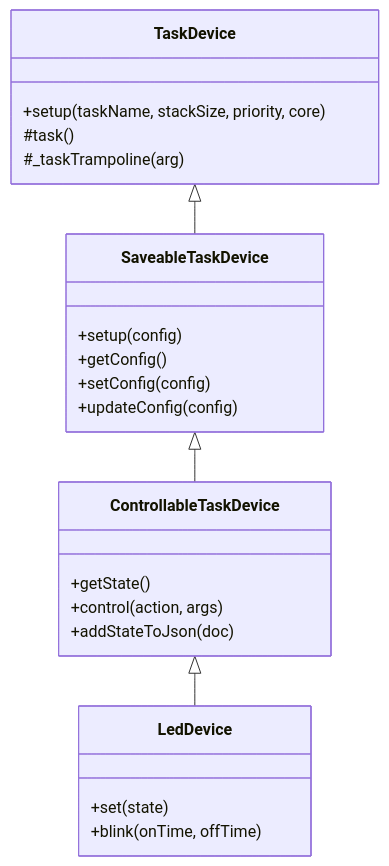
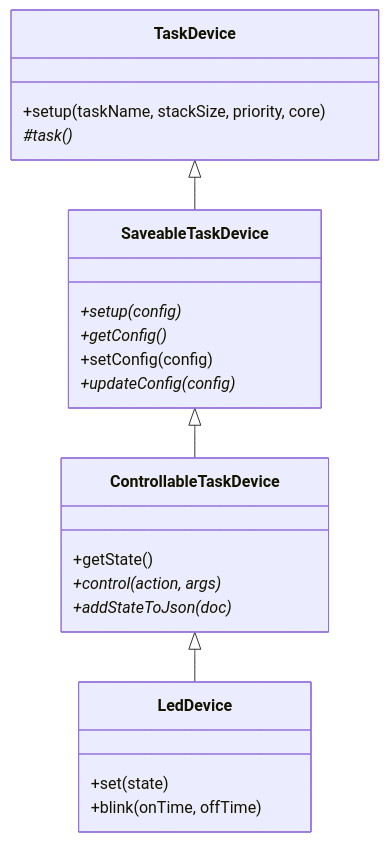
Before and after one commit to jovdb/marble-track: the diagram in esp32_ws/task-device.md, drawn with Mermaid. The commit also changed other lines of this file and 2 other files, not shown here.

````diff
--- a/esp32_ws/task-device.md
+++ b/esp32_ws/task-device.md
@@ -5,30 +5,29 @@
 ```mermaid
 classDiagram
     class TaskDevice {
         +setup(taskName, stackSize, priority, core)
-        #task()
-        #_taskTrampoline(arg)
+        #task()*
     }
 
     class ControllableTaskDevice {
         +getState()
-        +control(action, args)
-        +addStateToJson(doc)
+        +control(action, args)*
+        +addStateToJson(doc)*
     }
 
     class SaveableTaskDevice {
-        +setup(config)
-        +getConfig()
+        +setup(config)*
+        +getConfig()*
         +setConfig(config)
-        +updateConfig(config)
+        +updateConfig(config)*
     }
     
     class LedDevice {
         +set(state)
         +blink(onTime, offTime)
     }
 
     TaskDevice <|-- SaveableTaskDevice
     SaveableTaskDevice <|-- ControllableTaskDevice
     ControllableTaskDevice <|-- LedDevice
 ```
````
